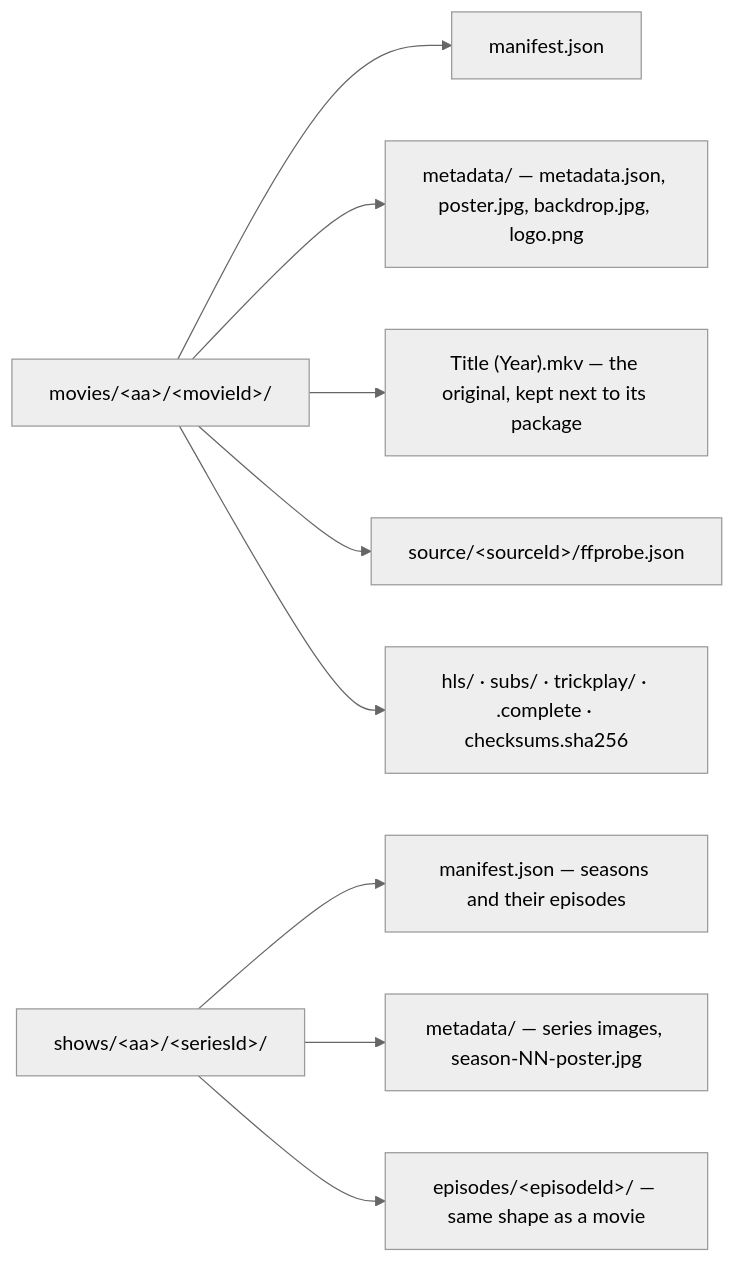
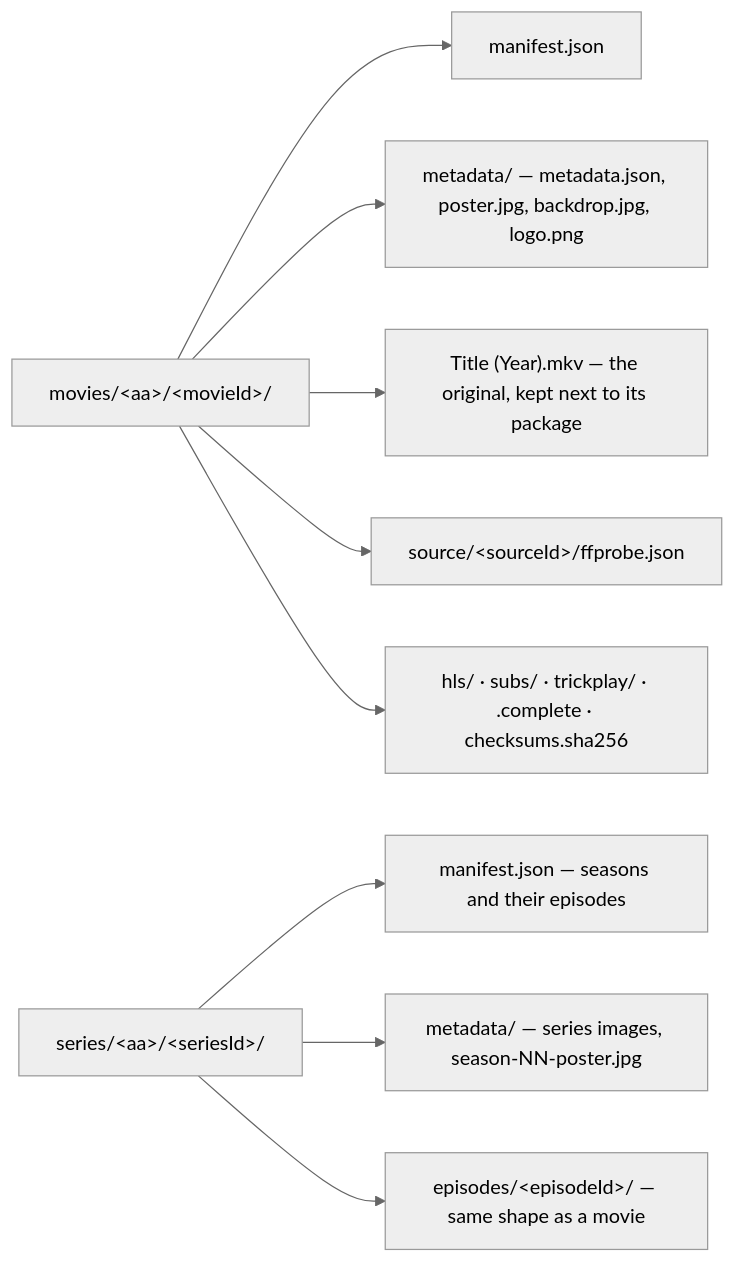
The diagram in README.md (zaentrum/schemas), drawn with Mermaid (neutral theme) before and after one commit. The commit also changed other lines of this file and 36 other files, not shown here.

````diff
--- a/README.md
+++ b/README.md
@@ -86,11 +86,11 @@
 ```mermaid
 flowchart LR
   M["movies/&lt;aa&gt;/&lt;movieId&gt;/"] --> MM["manifest.json"]
   M --> MD["metadata/ — metadata.json, poster.jpg, backdrop.jpg, logo.png"]
   M --> MO["Title (Year).mkv — the original, kept next to its package"]
   M --> MS["source/&lt;sourceId&gt;/ffprobe.json"]
   M --> MP["hls/ · subs/ · trickplay/ · .complete · checksums.sha256"]
-  S["shows/&lt;aa&gt;/&lt;seriesId&gt;/"] --> SM["manifest.json — seasons and their episodes"]
+  S["series/&lt;aa&gt;/&lt;seriesId&gt;/"] --> SM["manifest.json — seasons and their episodes"]
   S --> SD["metadata/ — series images, season-NN-poster.jpg"]
   S --> E["episodes/&lt;episodeId&gt;/ — same shape as a movie"]
 ```
````
